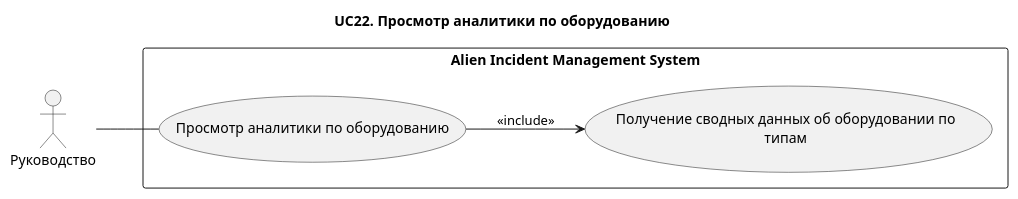
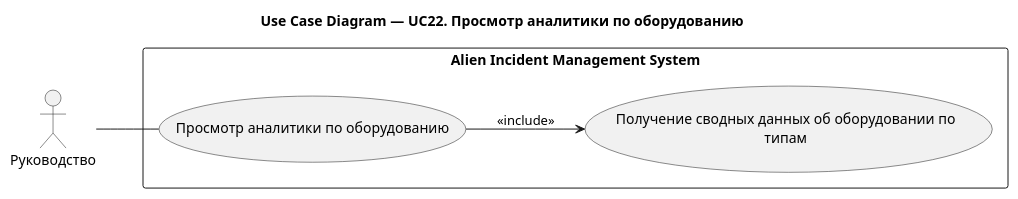
Before and after one commit to Andryss/AIMS: the diagram in docs/use-case/UC22.md, drawn with PlantUML. The commit also changed 31 other files, not shown here.

````diff
--- a/docs/use-case/UC22.md
+++ b/docs/use-case/UC22.md
@@ -5,21 +5,21 @@
 ```plantuml
 @startuml
-title UC22. Просмотр аналитики по оборудованию
+title Use Case Diagram — UC22. Просмотр аналитики по оборудованию
 left to right direction
 
 actor "Руководство" as Management
 
 rectangle "Alien Incident Management System" {
 
 (Просмотр аналитики по оборудованию) as UC11
 
 (Получение сводных данных об оборудовании по\nтипам) as UC114
 
 }
 
 Management -- UC11
 
 UC11 --> UC114 : <<include>>
 
 @enduml
 ```
````
